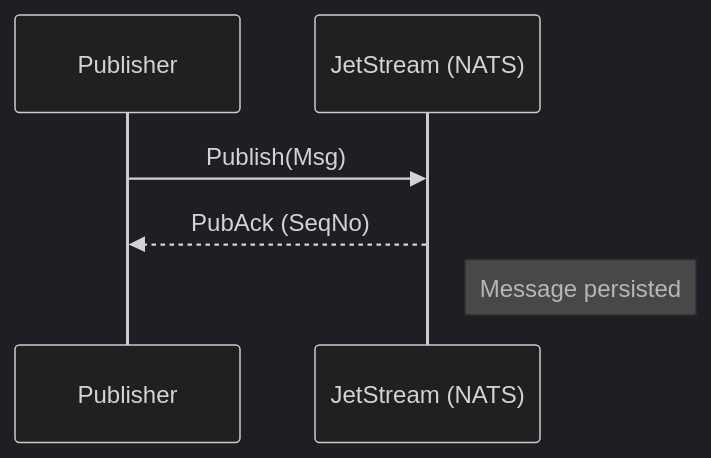
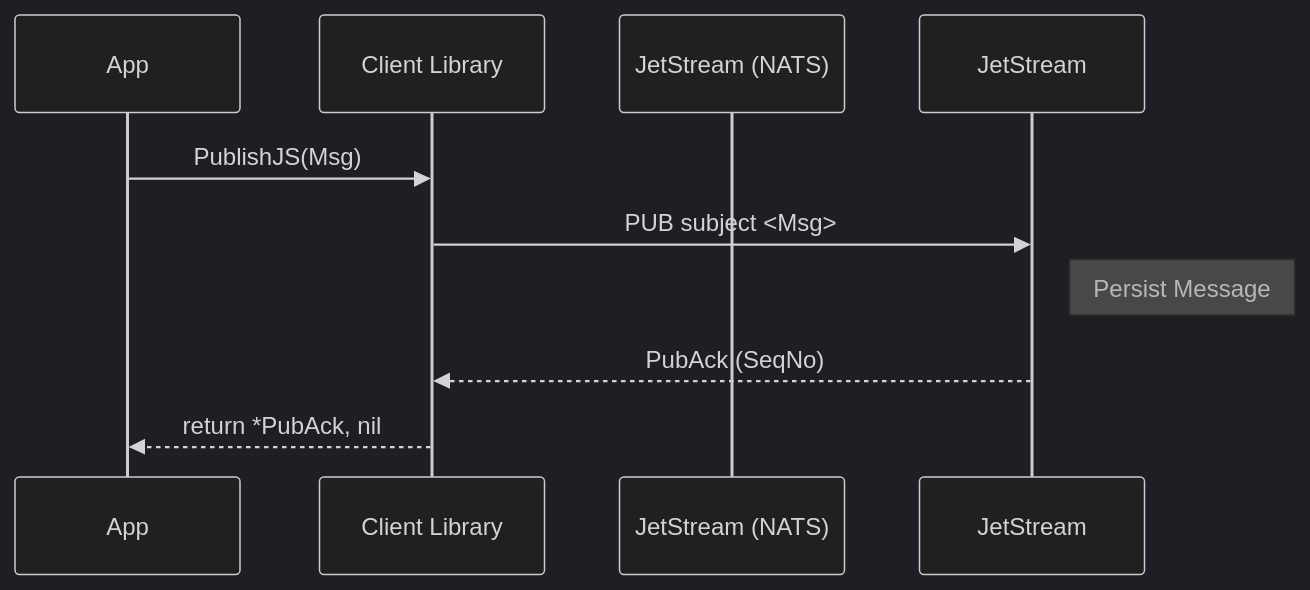
One commit to ganeshgedela/gRouter changed the seventh of 16 diagrams in pkg/messaging/nats/nats_learning.md. Above: the diagram before and after it, drawn with Mermaid (dark theme). The commit also changed other lines of this file and 25 other files, not shown here.

````diff
--- a/pkg/messaging/nats/nats_learning.md
+++ b/pkg/messaging/nats/nats_learning.md
@@ -413,9 +414,12 @@
 ```mermaid
 sequenceDiagram
-    participant Publisher
-    participant JetStream as JetStream (NATS)
+    participant App
+    participant Client Library
+    participant JetStream (NATS)
 
-    Publisher->>JetStream: Publish(Msg)
-    JetStream-->>Publisher: PubAck (SeqNo)
-    Note right of JetStream: Message persisted
+    App->>Client Library: PublishJS(Msg)
+    Client Library->>JetStream: PUB subject <Msg>
+    Note right of JetStream: Persist Message
+    JetStream-->>Client Library: PubAck (SeqNo)
+    Client Library-->>App: return *PubAck, nil
 ```
````
